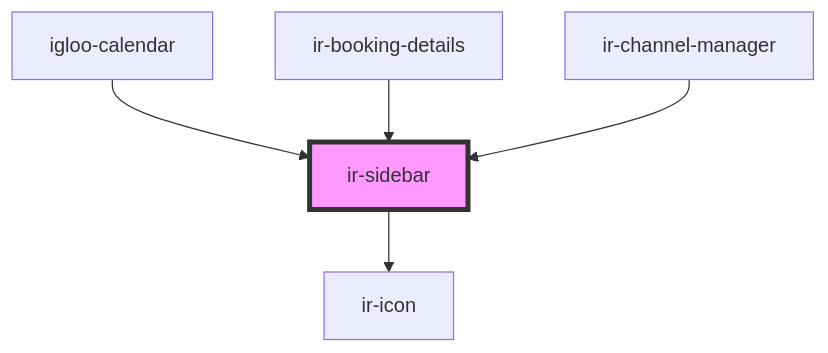
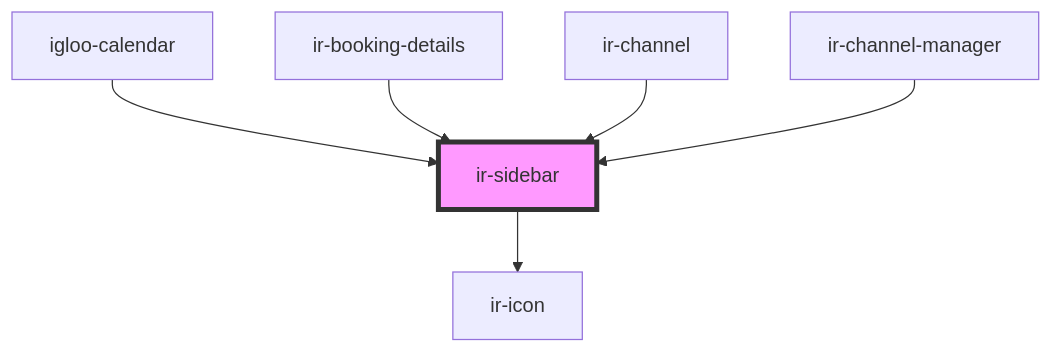
The diagram in src/components/ir-sidebar/readme.md (RonyRizk/ir-webcmp), drawn with Mermaid before and after one commit. The commit also changed other lines of this file and 57 other files, not shown here.

````diff
--- a/src/components/ir-sidebar/readme.md
+++ b/src/components/ir-sidebar/readme.md
@@ -52,8 +53,9 @@
 ```mermaid
 graph TD;
   ir-sidebar --> ir-icon
   igloo-calendar --> ir-sidebar
   ir-booking-details --> ir-sidebar
+  ir-channel --> ir-sidebar
   ir-channel-manager --> ir-sidebar
   style ir-sidebar fill:#f9f,stroke:#333,stroke-width:4px
 ```
````
